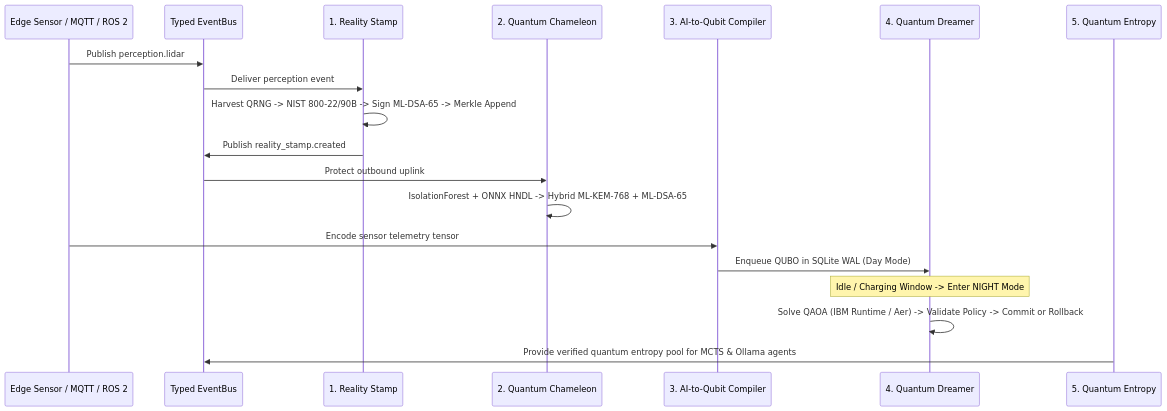
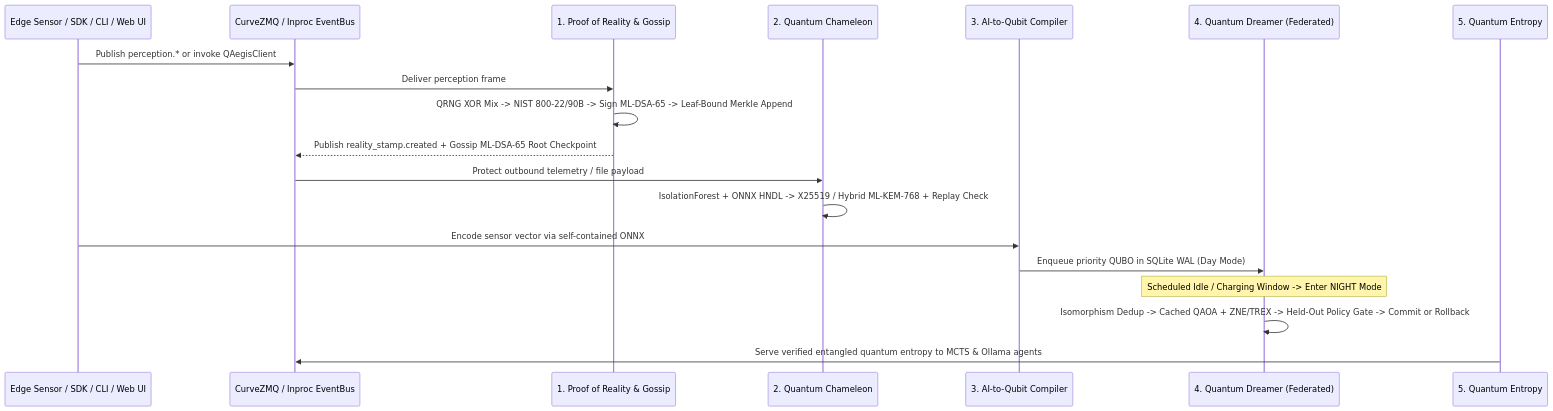
One commit to PelleNybe/qaegis changed the diagram in docs/architecture.md. Above: the diagram before and after it, drawn with Mermaid. The commit also changed other lines of this file and 38 other files, not shown here.

````diff
--- a/docs/architecture.md
+++ b/docs/architecture.md
@@ -18,22 +25,22 @@
 ```mermaid
 sequenceDiagram
-    participant Sensor as Edge Sensor / MQTT / ROS 2
-    participant Bus as Typed EventBus
-    participant RS as 1. Reality Stamp
+    participant Caller as Edge Sensor / SDK / CLI / Web UI
+    participant Bus as CurveZMQ / Inproc EventBus
+    participant RS as 1. Proof of Reality & Gossip
     participant FW as 2. Quantum Chameleon
     participant QC as 3. AI-to-Qubit Compiler
-    participant QD as 4. Quantum Dreamer
+    participant QD as 4. Quantum Dreamer (Federated)
     participant QE as 5. Quantum Entropy
 
-    Sensor->>Bus: Publish perception.lidar
-    Bus->>RS: Deliver perception event
-    RS->>RS: Harvest QRNG -> NIST 800-22/90B -> Sign ML-DSA-65 -> Merkle Append
-    RS->>Bus: Publish reality_stamp.created
-    Bus->>FW: Protect outbound uplink
-    FW->>FW: IsolationForest + ONNX HNDL -> Hybrid ML-KEM-768 + ML-DSA-65
-    Sensor->>QC: Encode sensor telemetry tensor
-    QC->>QD: Enqueue QUBO in SQLite WAL (Day Mode)
-    Note over QD: Idle / Charging Window -> Enter NIGHT Mode
-    QD->>QD: Solve QAOA (IBM Runtime / Aer) -> Validate Policy -> Commit or Rollback
-    QE->>Bus: Provide verified quantum entropy pool for MCTS & Ollama agents
+    Caller->>Bus: Publish perception.* or invoke QAegisClient
+    Bus->>RS: Deliver perception frame
+    RS->>RS: QRNG XOR Mix -> NIST 800-22/90B -> Sign ML-DSA-65 -> Leaf-Bound Merkle Append
+    RS-->>Bus: Publish reality_stamp.created + Gossip ML-DSA-65 Root Checkpoint
+    Bus->>FW: Protect outbound telemetry / file payload
+    FW->>FW: IsolationForest + ONNX HNDL -> X25519 / Hybrid ML-KEM-768 + Replay Check
+    Caller->>QC: Encode sensor vector via self-contained ONNX
+    QC->>QD: Enqueue priority QUBO in SQLite WAL (Day Mode)
+    Note over QD: Scheduled Idle / Charging Window -> Enter NIGHT Mode
+    QD->>QD: Isomorphism Dedup -> Cached QAOA + ZNE/TREX -> Held-Out Policy Gate -> Commit or Rollback
+    QE->>Bus: Serve verified entangled quantum entropy to MCTS & Ollama agents
 ```
````
